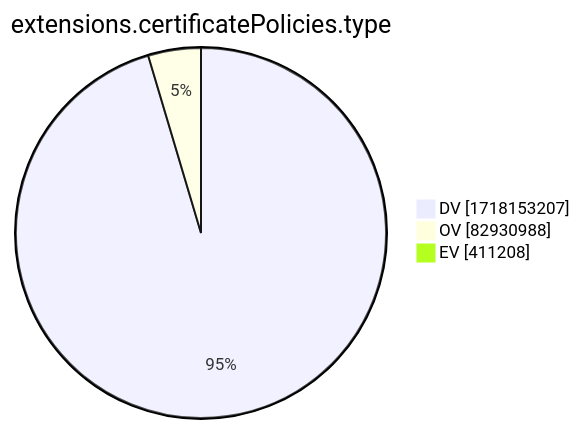
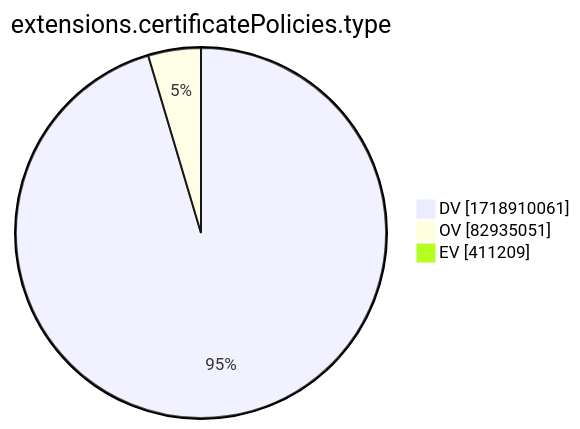
One commit to christiankrug/ctmonitor_visualization changed the tenth of 15 diagrams in xenon2022/README.md. Above: the diagram before and after it, drawn with Mermaid. The commit also changed other lines of this file, not shown here.

````diff
--- a/xenon2022/README.md
+++ b/xenon2022/README.md
@@ -2881,7 +2881,7 @@
 ```mermaid
 pie showData
 title extensions.certificatePolicies.type
-"DV" :1718153207
-"OV" :82930988
-"EV" :411208
+"DV" :1718910061
+"OV" :82935051
+"EV" :411209
 ```
````
